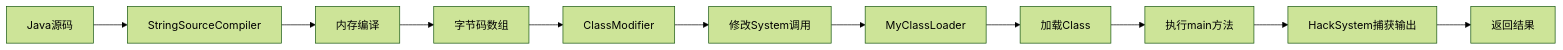
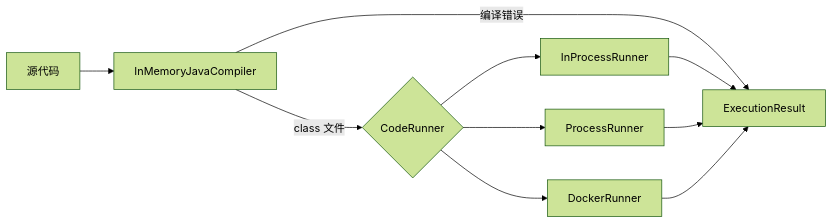
The diagram in README.md (shaojunying/OnlineExecutor), drawn with Mermaid (forest theme) before and after one commit. The commit also changed other lines of this file and 3 other files, not shown here.

````diff
--- a/README.md
+++ b/README.md
@@ -126,13 +64,12 @@
 ```mermaid
-graph LR
-    A[Java源码] --> B[StringSourceCompiler]
-    B --> C[内存编译]
-    C --> D[字节码数组]
-    D --> E[ClassModifier]
-    E --> F[修改System调用]
-    F --> G[MyClassLoader]
-    G --> H[加载Class]
-    H --> I[执行main方法]
-    I --> J[HackSystem捕获输出]
-    J --> K[返回结果]
+flowchart LR
+    A[源代码] --> B[InMemoryJavaCompiler]
+    B -->|编译错误| R[ExecutionResult]
+    B -->|class 文件| C{CodeRunner}
+    C --> D[InProcessRunner]
+    C --> E[ProcessRunner]
+    C --> F[DockerRunner]
+    D --> R
+    E --> R
+    F --> R
 ```
````
